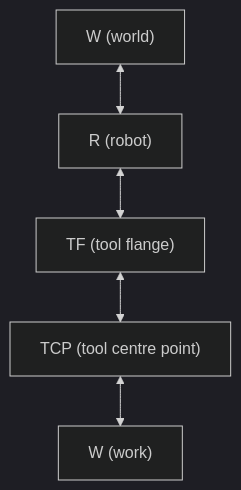
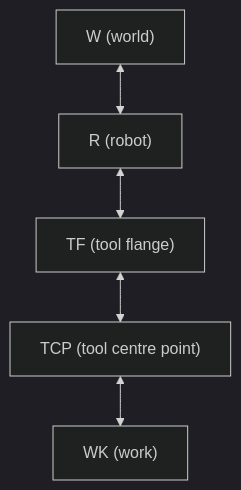
One commit to glowbuzzer/glowsite changed the first of 3 diagrams in src/pages/docs/gbc/frames.mdx. Above: the diagram before and after it, drawn with Mermaid (dark theme). The commit also changed other lines of this file and 44 other files, not shown here.

````diff
--- a/src/pages/docs/gbc/frames.mdx
+++ b/src/pages/docs/gbc/frames.mdx
@@ -19,7 +24,7 @@
 ```mermaid
 graph TD
     id1["W (world)"] <-->id2["R (robot)"]
     id2 <-->id3["TF (tool flange)"]
    id3<-->id4["TCP (tool centre point)"]
-   id4<--> id5["W (work)"]
+   id4<--> id5["WK (work)"]
 ```
````
